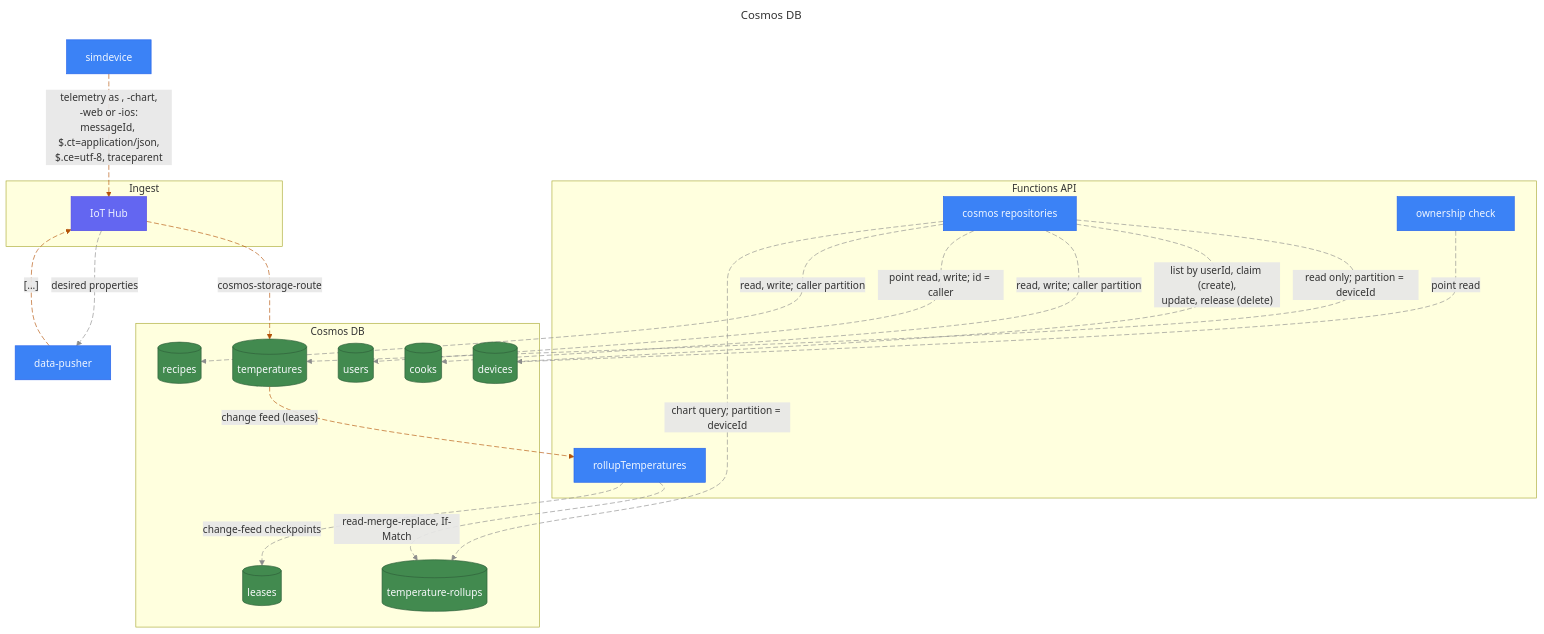
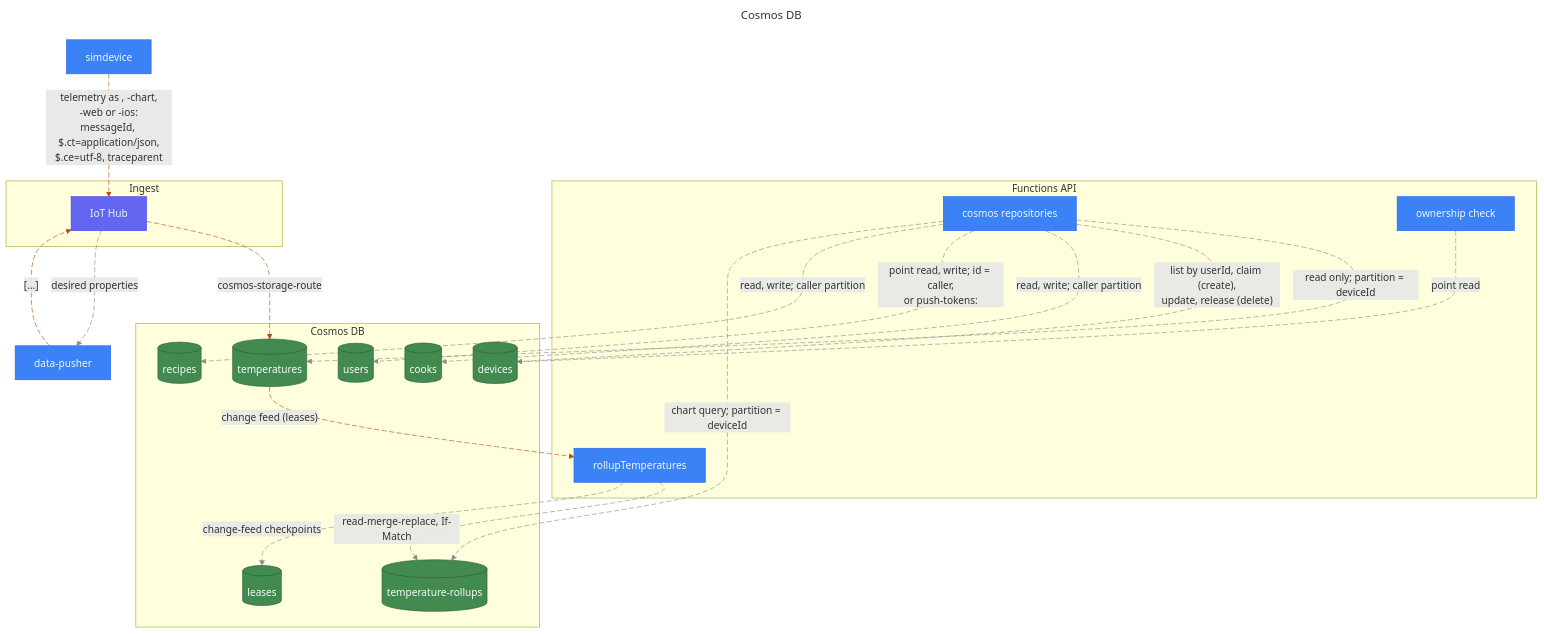
The sixth of 20 diagrams in docs/architecture/diagrams.md (stevebargelt/meatgeekv2), drawn with Mermaid before and after one commit. The commit also changed other lines of this file and 28 other files, not shown here.

````diff
--- a/docs/architecture/diagrams.md
+++ b/docs/architecture/diagrams.md
@@ -629,51 +635,52 @@
 ```mermaid
 ---
 title: "Cosmos DB"
 ---
 graph TB
   subgraph MeatgeekCloudApi["`Functions API`"]
     MeatgeekCloudApi.Repos@{ shape: rectangle, label: "cosmos repositories" }
     MeatgeekCloudApi.Ownership@{ shape: rectangle, label: "ownership check" }
     MeatgeekCloudApi.Rollup@{ shape: rectangle, label: "rollupTemperatures" }
   end
   DeliverySimdevice@{ shape: rectangle, label: "simdevice" }
   subgraph MeatgeekCloudIngest["`Ingest`"]
     MeatgeekCloudIngest.Iothub@{ shape: rectangle, label: "IoT Hub" }
   end
   subgraph MeatgeekCloudData["`Cosmos DB`"]
     MeatgeekCloudData.Temperatures@{ shape: cylinder, label: "temperatures" }
     MeatgeekCloudData.Devices@{ shape: cylinder, label: "devices" }
     MeatgeekCloudData.Cooks@{ shape: cylinder, label: "cooks" }
     MeatgeekCloudData.Users@{ shape: cylinder, label: "users" }
     MeatgeekCloudData.Recipes@{ shape: cylinder, label: "recipes" }
     MeatgeekCloudData.TemperatureRollups@{ shape: cylinder, label: "temperature-rollups" }
     MeatgeekCloudData.Leases@{ shape: cylinder, label: "leases" }
   end
   MeatgeekEdgePusher@{ shape: rectangle, label: "data-pusher" }
   MeatgeekCloudApi.Repos -. "`read only; partition = deviceId`" .-> MeatgeekCloudData.Temperatures
   MeatgeekCloudApi.Repos -. "`list by userId, claim (create),
 update, release (delete)`" .-> MeatgeekCloudData.Devices
   MeatgeekCloudApi.Repos -. "`read, write; caller partition`" .-> MeatgeekCloudData.Cooks
-  MeatgeekCloudApi.Repos -. "`point read, write; id = caller`" .-> MeatgeekCloudData.Users
+  MeatgeekCloudApi.Repos -. "`point read, write; id = caller,
+or push-tokens:<caller>`" .-> MeatgeekCloudData.Users
   MeatgeekCloudApi.Repos -. "`read, write; caller partition`" .-> MeatgeekCloudData.Recipes
   MeatgeekCloudApi.Repos -. "`chart query; partition = deviceId`" .-> MeatgeekCloudData.TemperatureRollups
   MeatgeekCloudApi.Ownership -. "`point read`" .-> MeatgeekCloudData.Devices
   MeatgeekCloudIngest.Iothub -. "`cosmos-storage-route`" .-> MeatgeekCloudData.Temperatures
   MeatgeekCloudData.Temperatures -. "`change feed (leases)`" .-> MeatgeekCloudApi.Rollup
   MeatgeekCloudApi.Rollup -. "`read-merge-replace, If-Match`" .-> MeatgeekCloudData.TemperatureRollups
   MeatgeekCloudApi.Rollup -. "`change-feed checkpoints`" .-> MeatgeekCloudData.Leases
   MeatgeekCloudIngest.Iothub -. "`desired properties`" .-> MeatgeekEdgePusher
   MeatgeekEdgePusher -. "`[...]`" .-> MeatgeekCloudIngest.Iothub
   DeliverySimdevice -. "`telemetry as <sim>, <sim>-chart,
 <sim>-web or <sim>-ios:
 messageId, $.ct=application/json,
 $.ce=utf-8, traceparent`" .-> MeatgeekCloudIngest.Iothub
   classDef primary fill:#3b82f6,stroke:#2563eb,color:#eff6ff
   class DeliverySimdevice,MeatgeekCloudApi.Repos,MeatgeekCloudApi.Ownership,MeatgeekEdgePusher,MeatgeekCloudApi.Rollup primary
   classDef indigo fill:#6366f1,stroke:#4f46e5,color:#eef2ff
   class MeatgeekCloudIngest.Iothub indigo
   classDef green fill:#428a4f,stroke:#2d5d39,color:#f8fafc
   class MeatgeekCloudData.Temperatures,MeatgeekCloudData.Devices,MeatgeekCloudData.Cooks,MeatgeekCloudData.Users,MeatgeekCloudData.Recipes,MeatgeekCloudData.TemperatureRollups,MeatgeekCloudData.Leases green
   linkStyle 0,1,2,3,4,5,6,9,10,11 stroke:#8D8D8D,stroke-dasharray:8 4
   linkStyle 7,8,12,13 stroke:#b45309,stroke-dasharray:8 4
 ```
````
